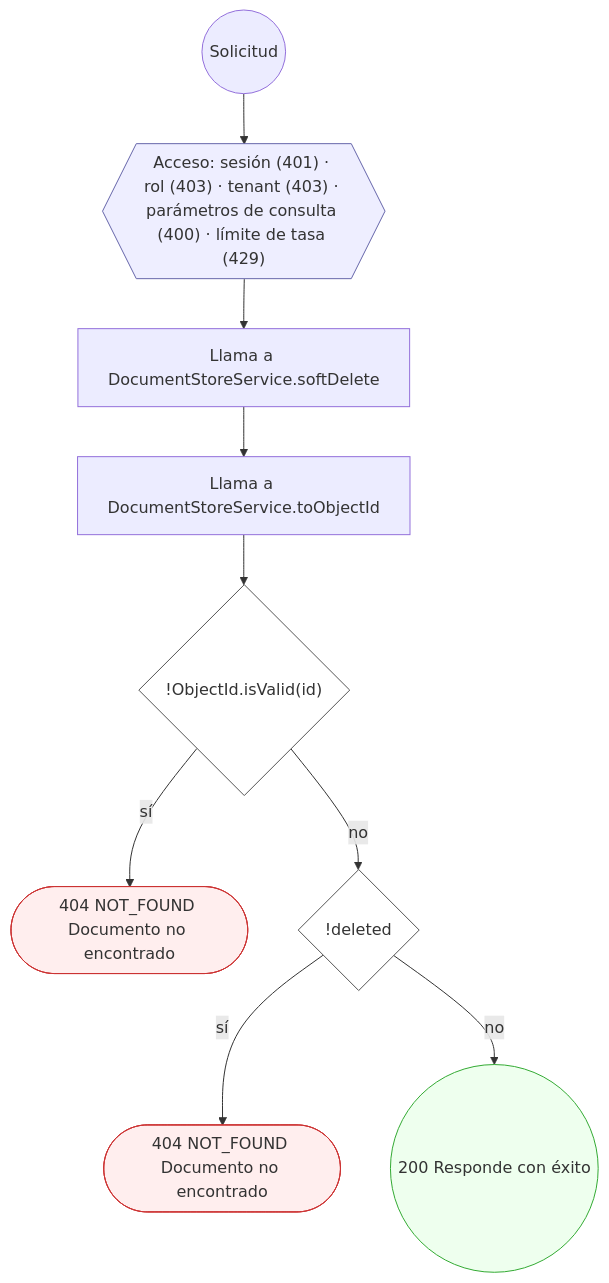
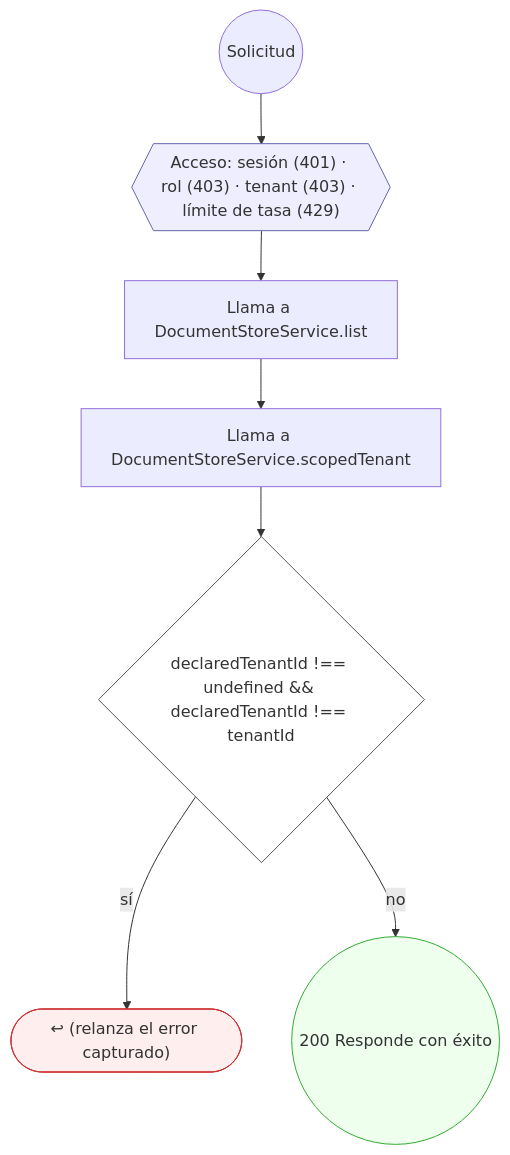
The second of 6 diagrams in docs/inventario/flujos/document_store.md (mdavila-2001/mantra-core-health-api), drawn with Mermaid before and after one commit. The commit also changed other lines of this file and 438 other files, not shown here.

````diff
--- a/docs/inventario/flujos/document_store.md
+++ b/docs/inventario/flujos/document_store.md
@@ -75,26 +72,22 @@
 ```mermaid
 flowchart TD
   n1(("Solicitud")):::inicio
-  n2{{"Acceso: sesión (401) · rol (403) · tenant (403) · parámetros de consulta (400) · límite de tasa (429)"}}:::acceso
+  n2{{"Acceso: sesión (401) · rol (403) · tenant (403) · límite de tasa (429)"}}:::acceso
   n1 --> n2
-  n3["Llama a DocumentStoreService.softDelete"]:::llamada
+  n3["Llama a DocumentStoreService.list"]:::llamada
   n2 --> n3
-  n4["Llama a DocumentStoreService.toObjectId"]:::llamada
+  n4["Llama a DocumentStoreService.scopedTenant"]:::llamada
   n3 --> n4
-  n5{"!ObjectId.isValid(id)"}:::decision
+  n5{"declaredTenantId !== undefined && declaredTenantId !== tenantId"}:::decision
   n4 --> n5
-  n6(["404 NOT_FOUND Documento no encontrado"]):::error
+  n6(["↩ (relanza el error capturado)"]):::error
   n5 -->|"sí"| n6
-  n7{"!deleted"}:::decision
+  n7(("200 Responde con éxito")):::ok
   n5 -->|"no"| n7
-  n8(["404 NOT_FOUND Documento no encontrado"]):::error
-  n7 -->|"sí"| n8
-  n9(("200 Responde con éxito")):::ok
-  n7 -->|"no"| n9
   classDef acceso fill:#eef,stroke:#66a
   classDef error fill:#fee,stroke:#c33
   classDef ok fill:#efe,stroke:#3a3
   classDef efecto fill:#ffd,stroke:#aa3
   classDef decision fill:#fff,stroke:#555
   classDef corte fill:#eee,stroke:#999,stroke-dasharray: 4
 ```
````
